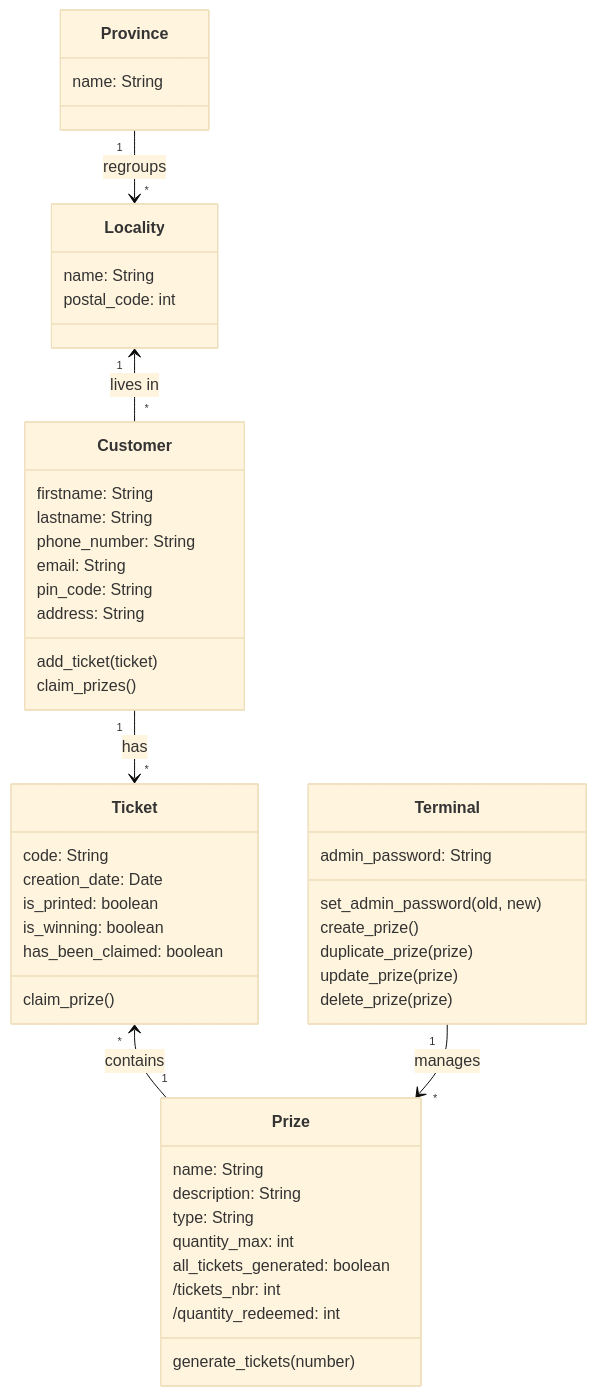
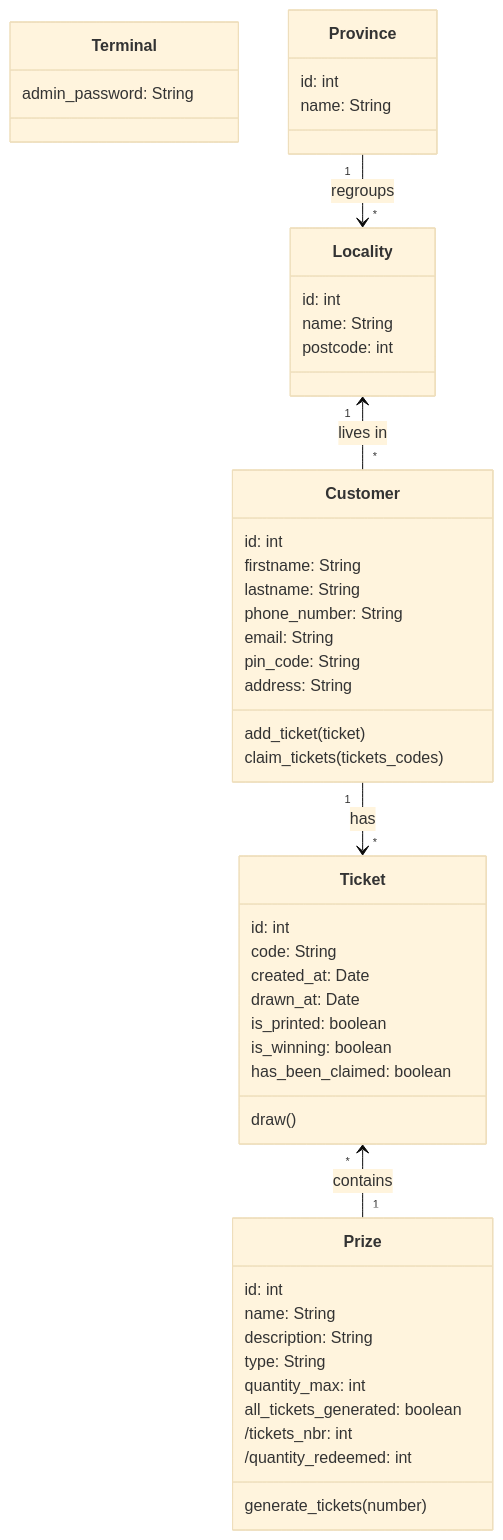
Before and after one commit to HunteRoi/bwatakado: the diagram in docs/mermaid/Class.mermaid, drawn with Mermaid (base theme). The commit also changed 15 other files, not shown here.

```diff
--- a/docs/mermaid/Class.mermaid
+++ b/docs/mermaid/Class.mermaid
@@ -1,55 +1,55 @@
 classDiagram
     class Terminal {
         admin_password: String
-        set_admin_password(old, new)
-        create_prize()
-        duplicate_prize(prize)
-        update_prize(prize)
-        delete_prize(prize)
     }
 
     class Prize {
+        id: int
         name: String
         description: String
         type: String
         quantity_max: int
         all_tickets_generated: boolean
         /tickets_nbr: int
         /quantity_redeemed: int
         generate_tickets(number)
     }
 
     class Ticket {
+        id: int
         code: String
-        creation_date: Date
+        created_at: Date
+        drawn_at: Date
         is_printed: boolean
         is_winning: boolean
         has_been_claimed: boolean
-        claim_prize()
+        draw()
     }
 
     class Customer {
+        id: int
         firstname: String
         lastname: String
         phone_number: String
         email: String
         pin_code: String
         address: String
         add_ticket(ticket)
-        claim_prizes()
+        claim_tickets(tickets_codes)
     }
 
     class Locality {
+        id: int
         name: String
-        postal_code: int
+        postcode: int
     }
 
     class Province {
+        id: int
         name: String
     }
 
     Ticket "*" <-- "1" Prize: contains
     Customer "1" --> "*" Ticket: has
     Province "1" --> "*" Locality: regroups
     Locality "1" <-- "*" Customer: lives in
-    Terminal "1" --> "*" Prize: manages
```
